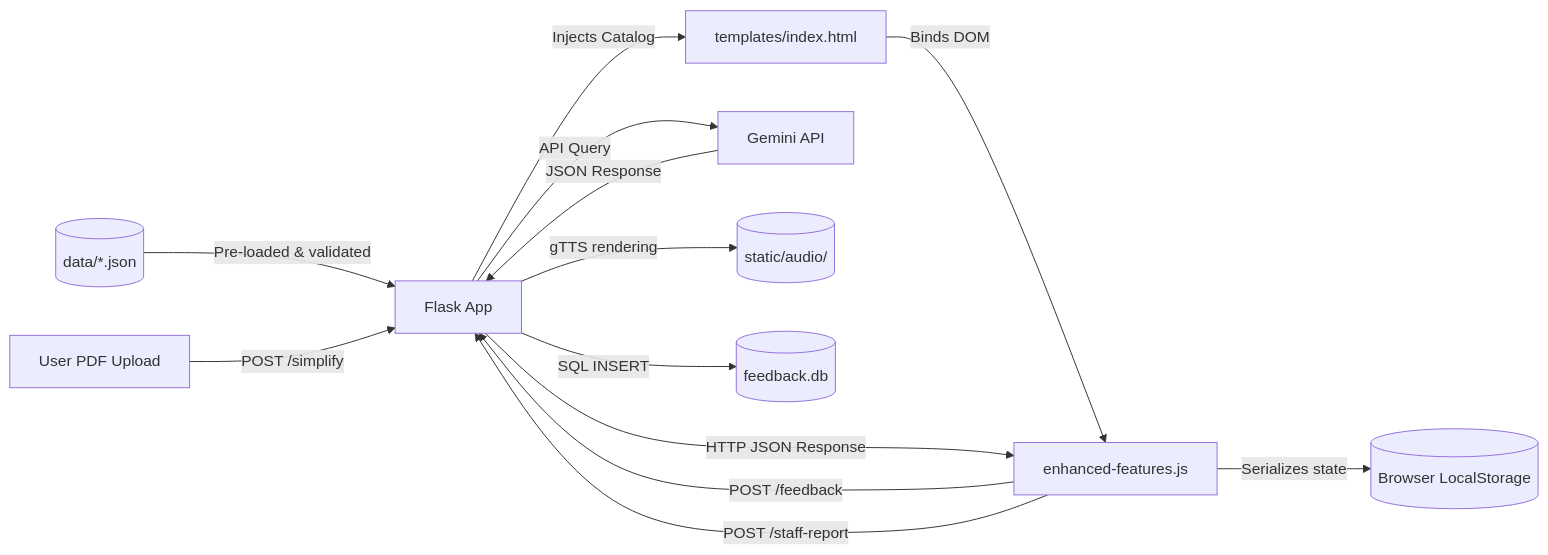
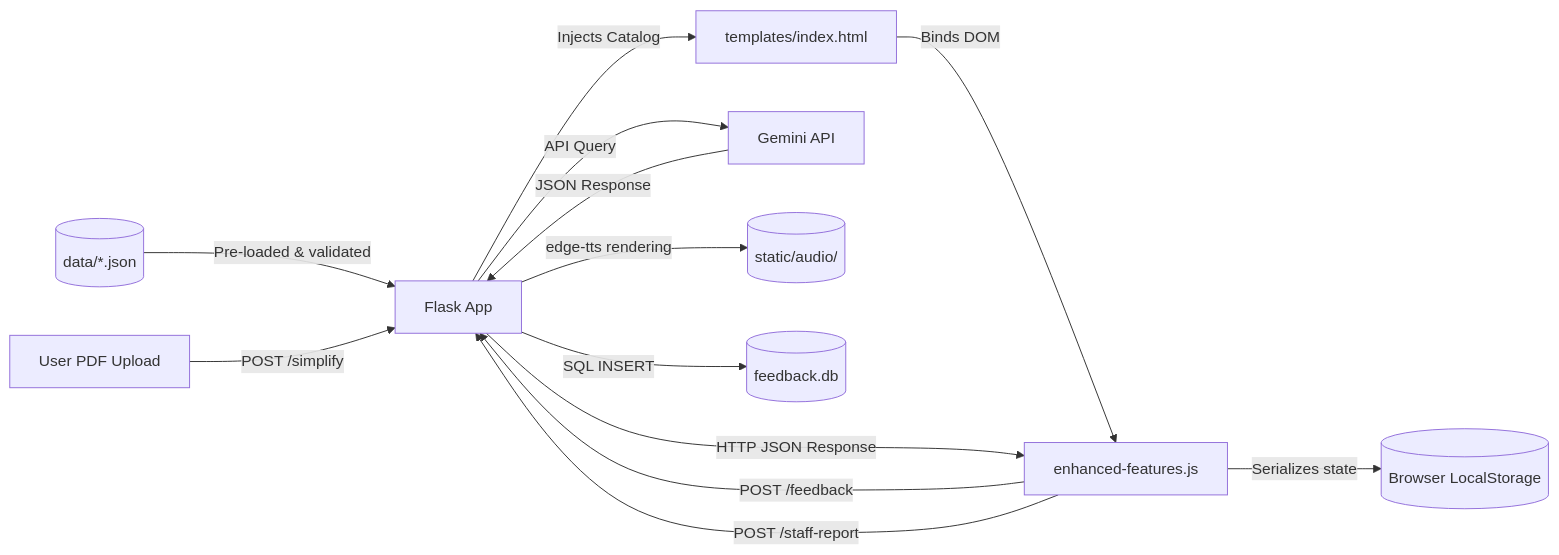
Before and after one commit to giridharreddy-dev/SmartGovAI-2026: the fifth of 5 diagrams in docs/ARCHITECTURE.md, drawn with Mermaid. The commit also changed other lines of this file and 6 other files, not shown here.

````diff
--- a/docs/ARCHITECTURE.md
+++ b/docs/ARCHITECTURE.md
@@ -337,18 +337,18 @@
 ```mermaid
 flowchart LR
     Catalog[(data/*.json)] -->|Pre-loaded & validated| Flask[Flask App]
     Flask -->|Injects Catalog| Template[templates/index.html]
     Template -->|Binds DOM| JSClient[enhanced-features.js]
 
     JSClient -->|Serializes state| LocalStore[(Browser LocalStorage)]
 
     Upload[User PDF Upload] -->|POST /simplify| Flask
     Flask -->|API Query| Gemini[Gemini API]
     Gemini -->|JSON Response| Flask
-    Flask -->|gTTS rendering| AudioDir[(static/audio/)]
+    Flask -->|edge-tts rendering| AudioDir[(static/audio/)]
     Flask -->|HTTP JSON Response| JSClient
 
     JSClient -->|POST /feedback| Flask
     JSClient -->|POST /staff-report| Flask
     Flask -->|SQL INSERT| SQLite[(feedback.db)]
 ```
````
